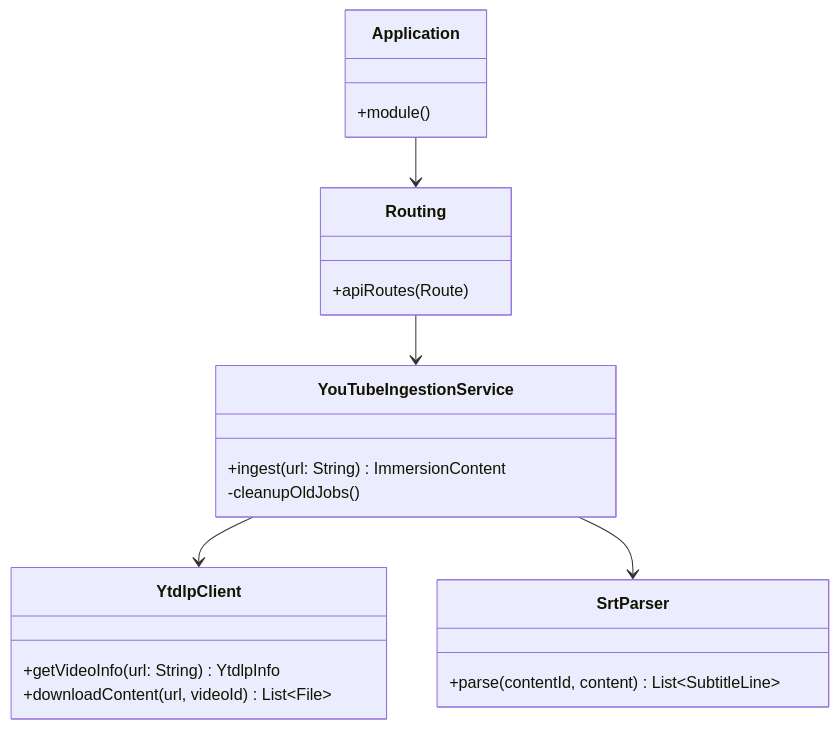
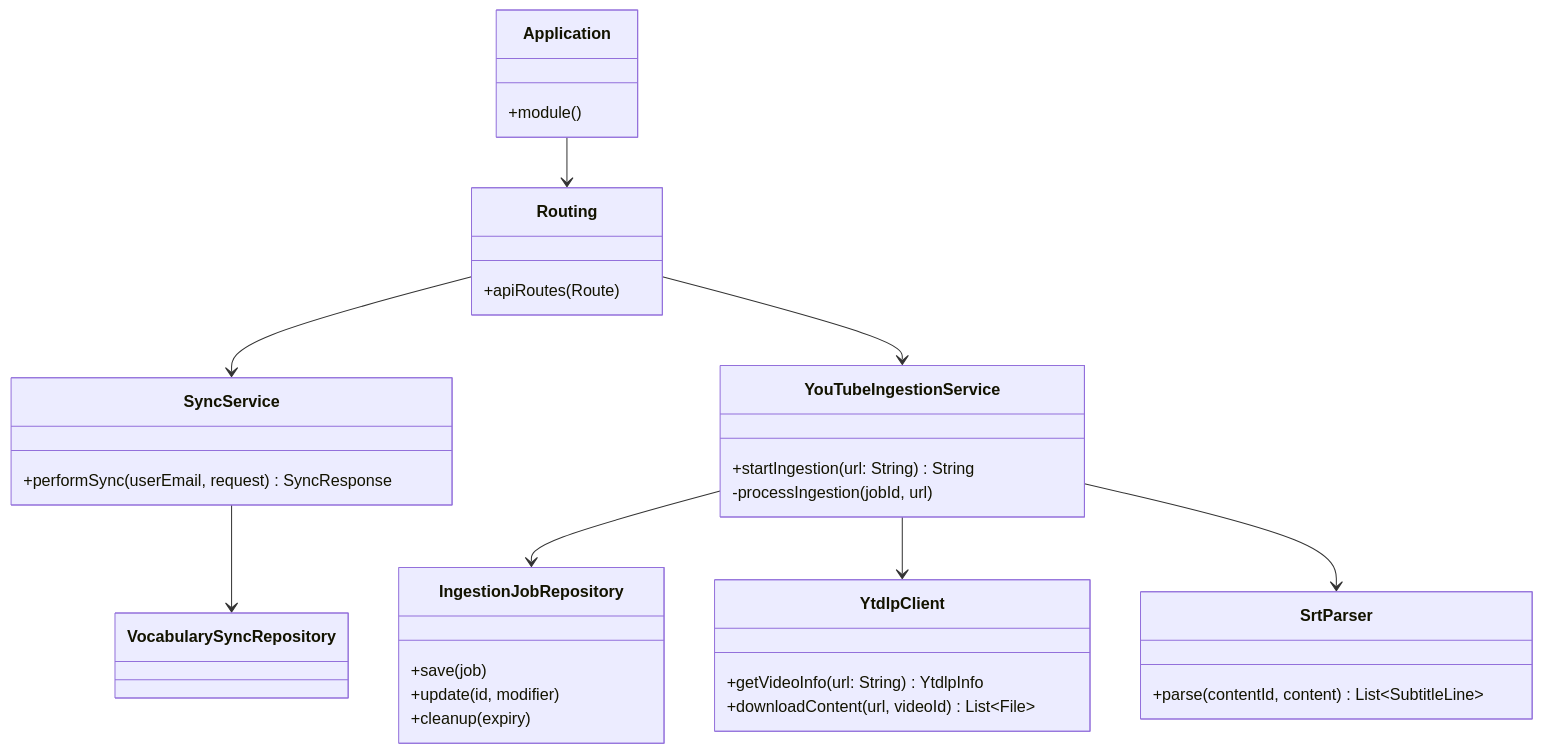
The first of 7 diagrams in docs/UML.md (ursusandwolf/langkraft), drawn with Mermaid before and after one commit. The commit also changed 3 other files, not shown here.

Commit message:
docs: update changelog, documentation, UML, and project context for backend refactoring

````diff
--- a/docs/UML.md
+++ b/docs/UML.md
@@ -5,25 +5,36 @@
 ```mermaid
 classDiagram
     class Application {
         +module()
     }
     class Routing {
         +apiRoutes(Route)
     }
+    class SyncService {
+        +performSync(userEmail, request) SyncResponse
+    }
     class YouTubeIngestionService {
-        +ingest(url: String) ImmersionContent
-        -cleanupOldJobs()
+        +startIngestion(url: String) String
+        -processIngestion(jobId, url)
+    }
+    class IngestionJobRepository {
+        +save(job)
+        +update(id, modifier)
+        +cleanup(expiry)
     }
     class YtdlpClient {
         +getVideoInfo(url: String) YtdlpInfo
         +downloadContent(url, videoId) List~File~
     }
     class SrtParser {
         +parse(contentId, content) List~SubtitleLine~
     }
 
     Application --> Routing
+    Routing --> SyncService
     Routing --> YouTubeIngestionService
+    SyncService --> VocabularySyncRepository
+    YouTubeIngestionService --> IngestionJobRepository
     YouTubeIngestionService --> YtdlpClient
     YouTubeIngestionService --> SrtParser
 ```
````
